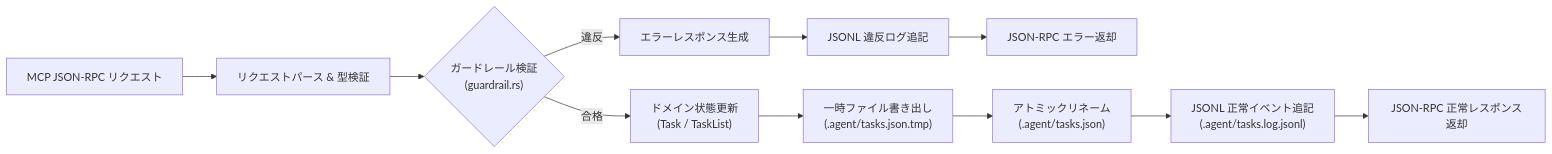
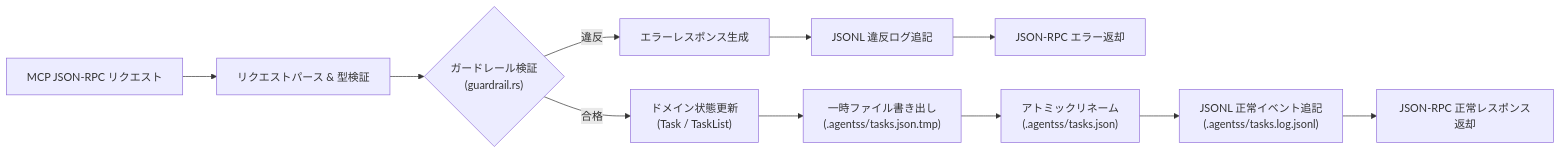
Before and after one commit to snaga/tasks-mcp: the third of 5 diagrams in doc/design.md, drawn with Mermaid. The commit also changed other lines of this file and 7 other files, not shown here.

````diff
--- a/doc/design.md
+++ b/doc/design.md
@@ -276,14 +276,14 @@
 ```mermaid
 flowchart LR
     A["MCP JSON-RPC リクエスト"] --> B["リクエストパース & 型検証"]
     B --> C{"ガードレール検証<br/>(guardrail.rs)"}
     C -- 違反 --> D["エラーレスポンス生成"]
     D --> E["JSONL 違反ログ追記"]
     E --> F["JSON-RPC エラー返却"]
 
     C -- 合格 --> G["ドメイン状態更新<br/>(Task / TaskList)"]
-    G --> H["一時ファイル書き出し<br/>(.agent/tasks.json.tmp)"]
-    H --> I["アトミックリネーム<br/>(.agent/tasks.json)"]
-    I --> J["JSONL 正常イベント追記<br/>(.agent/tasks.log.jsonl)"]
+    G --> H["一時ファイル書き出し<br/>(.agentss/tasks.json.tmp)"]
+    H --> I["アトミックリネーム<br/>(.agentss/tasks.json)"]
+    I --> J["JSONL 正常イベント追記<br/>(.agentss/tasks.log.jsonl)"]
     J --> K["JSON-RPC 正常レスポンス返却"]
 ```
````
